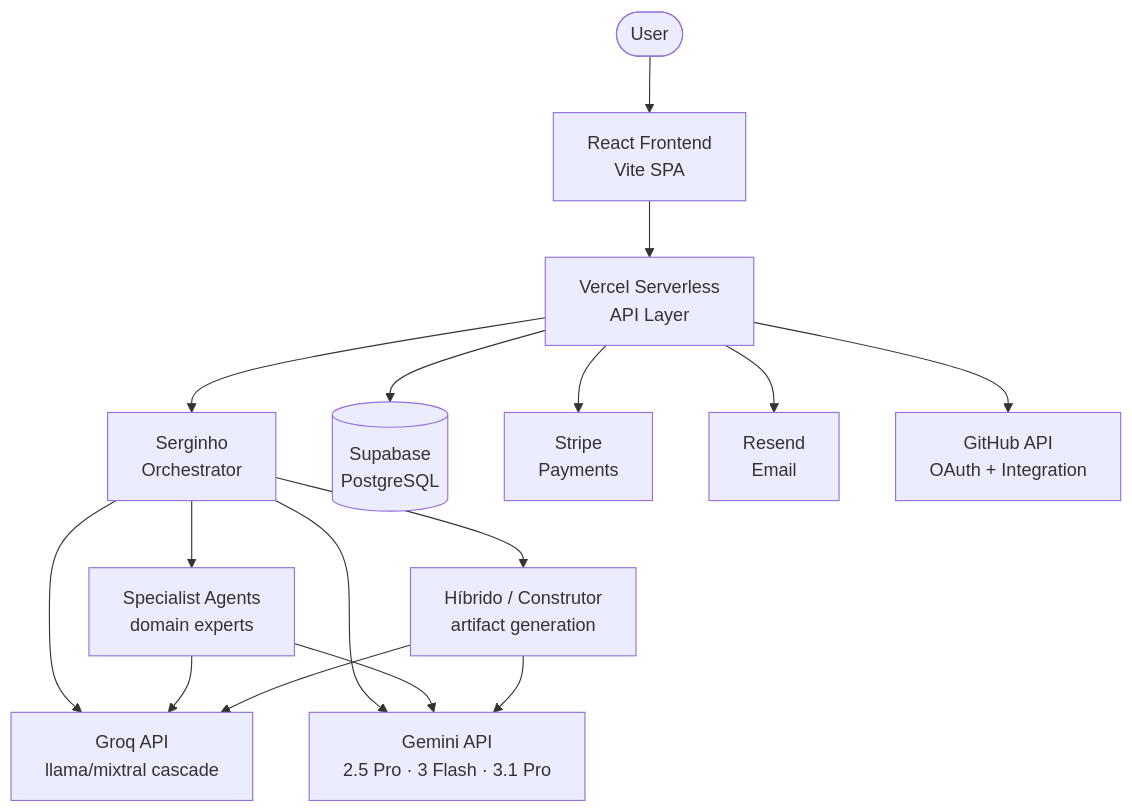
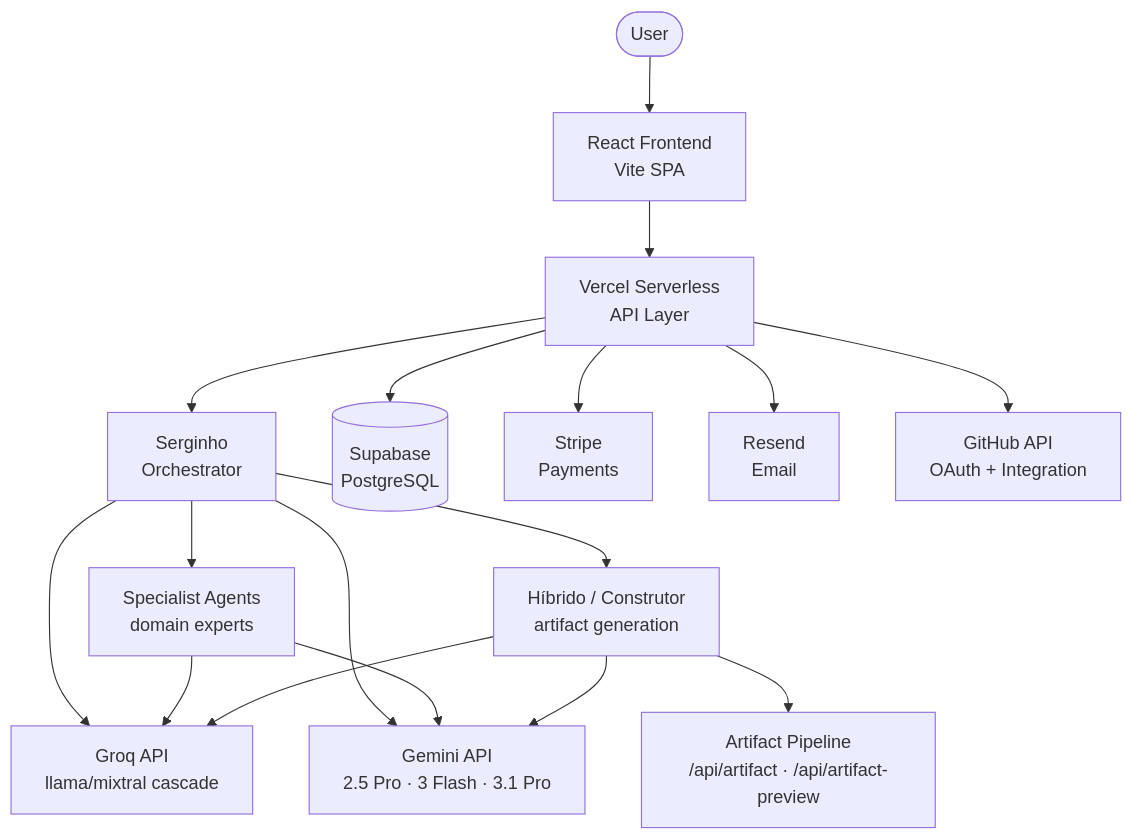
One commit to kizirianmax/rkmmax-hibrido changed the diagram in README.md. Above: the diagram before and after it, drawn with Mermaid. The commit also changed other lines of this file, not shown here.

First line of the commit message:
docs: document Construtor/Híbrido artifact pipeline in README

````diff
--- a/README.md
+++ b/README.md
@@ -26,21 +26,22 @@
 ```mermaid
 graph TD
     User([User]) --> Frontend[React Frontend<br/>Vite SPA]
     Frontend --> API[Vercel Serverless<br/>API Layer]
 
     API --> Serginho[Serginho<br/>Orchestrator]
     Serginho --> Specialists[Specialist Agents<br/>domain experts]
     Serginho --> Hibrido[Híbrido / Construtor<br/>artifact generation]
 
     Serginho --> Groq[Groq API<br/>llama/mixtral cascade]
     Serginho --> Gemini[Gemini API<br/>2.5 Pro · 3 Flash · 3.1 Pro]
     Specialists --> Groq
     Specialists --> Gemini
     Hibrido --> Groq
     Hibrido --> Gemini
+    Hibrido --> ArtifactPipeline[Artifact Pipeline<br/>/api/artifact · /api/artifact-preview]
 
     API --> Supabase[(Supabase<br/>PostgreSQL)]
     API --> Stripe[Stripe<br/>Payments]
     API --> Resend[Resend<br/>Email]
     API --> GitHub[GitHub API<br/>OAuth + Integration]
 ```
````
